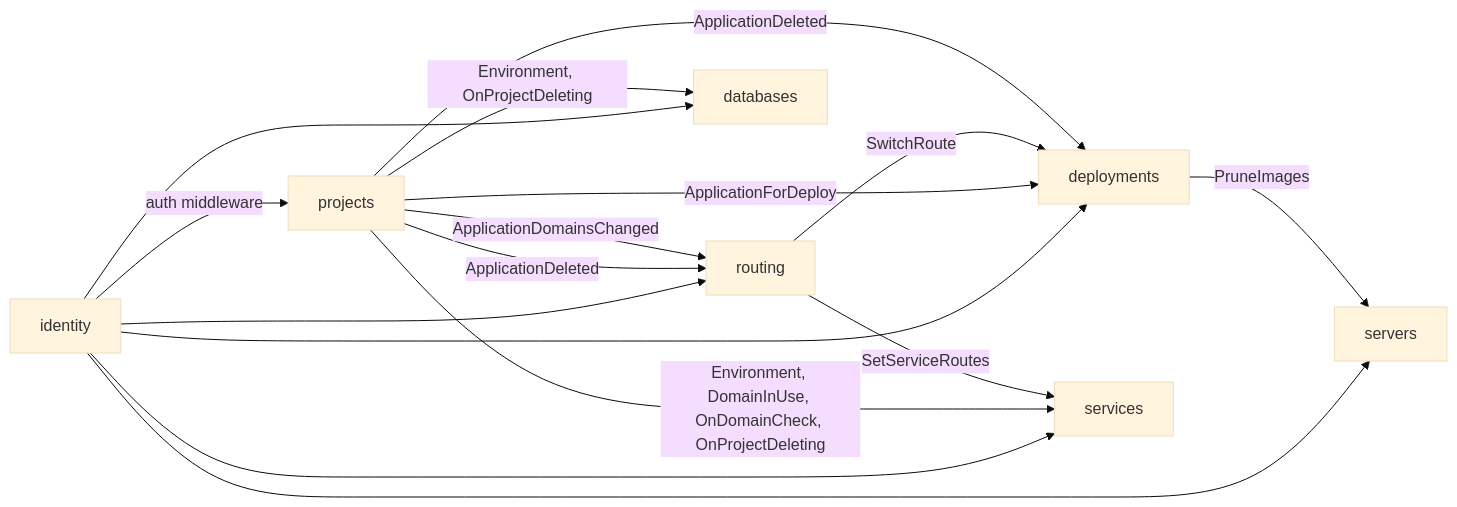
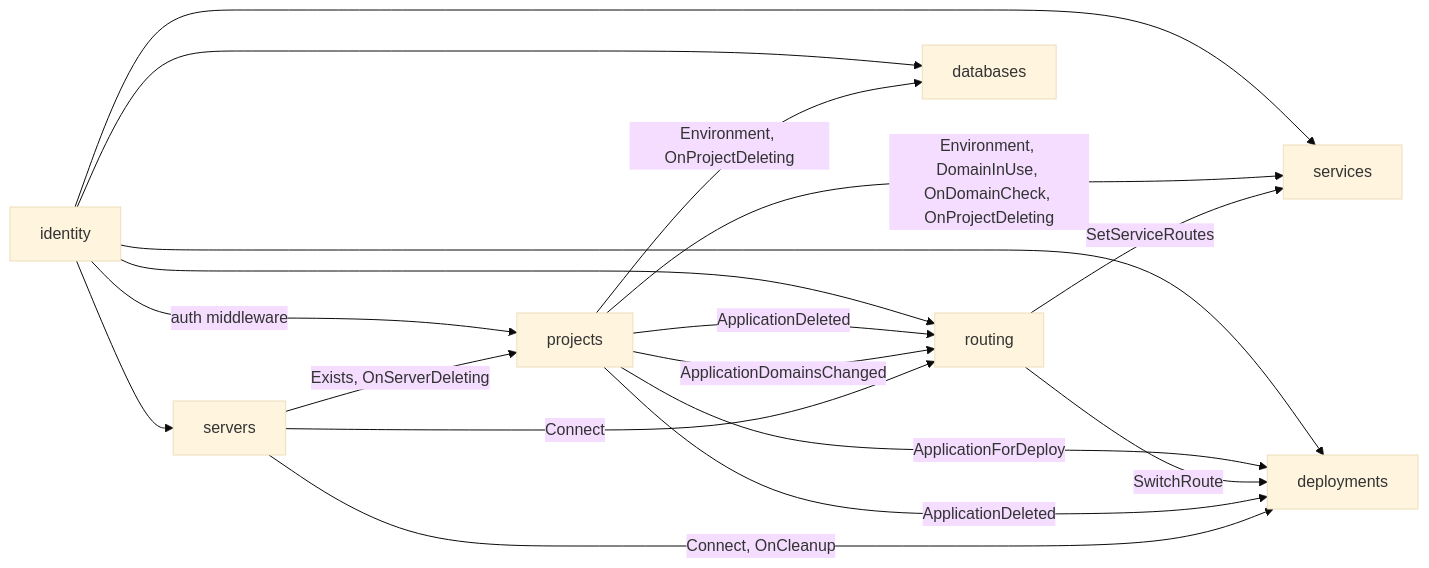
One commit to jevido/bakery changed the diagram in docs/domain/context-map.md. Above: the diagram before and after it, drawn with Mermaid (base theme). The commit also changed other lines of this file and 5 other files, not shown here.

First line of the commit message:
docs: Target server, a Proxy per Server and Server connections for deploying to Remote servers

````diff
--- a/docs/domain/context-map.md
+++ b/docs/domain/context-map.md
@@ -56,18 +58,20 @@
 ```mermaid
 flowchart LR
   identity -->|auth middleware| projects
   identity --> deployments
   identity --> routing
   projects -->|ApplicationForDeploy| deployments
   routing -->|SwitchRoute| deployments
   projects -->|ApplicationDeleted| routing
   projects -->|ApplicationDeleted| deployments
   projects -->|ApplicationDomainsChanged| routing
   identity --> databases
   projects -->|Environment, OnProjectDeleting| databases
   identity --> services
   projects -->|Environment, DomainInUse, OnDomainCheck, OnProjectDeleting| services
   routing -->|SetServiceRoutes| services
   identity --> servers
-  deployments -->|PruneImages| servers
+  servers -->|Connect, OnCleanup| deployments
+  servers -->|Connect| routing
+  servers -->|Exists, OnServerDeleting| projects
 ```
````
